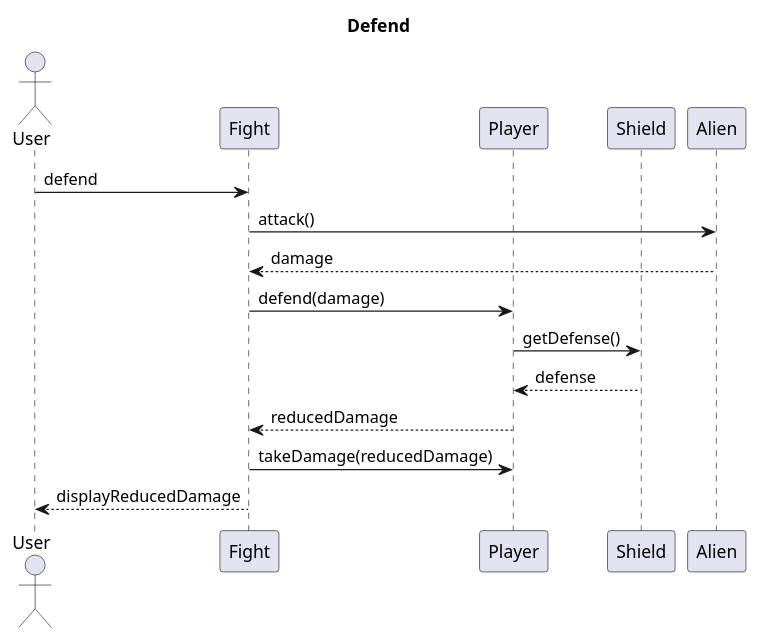
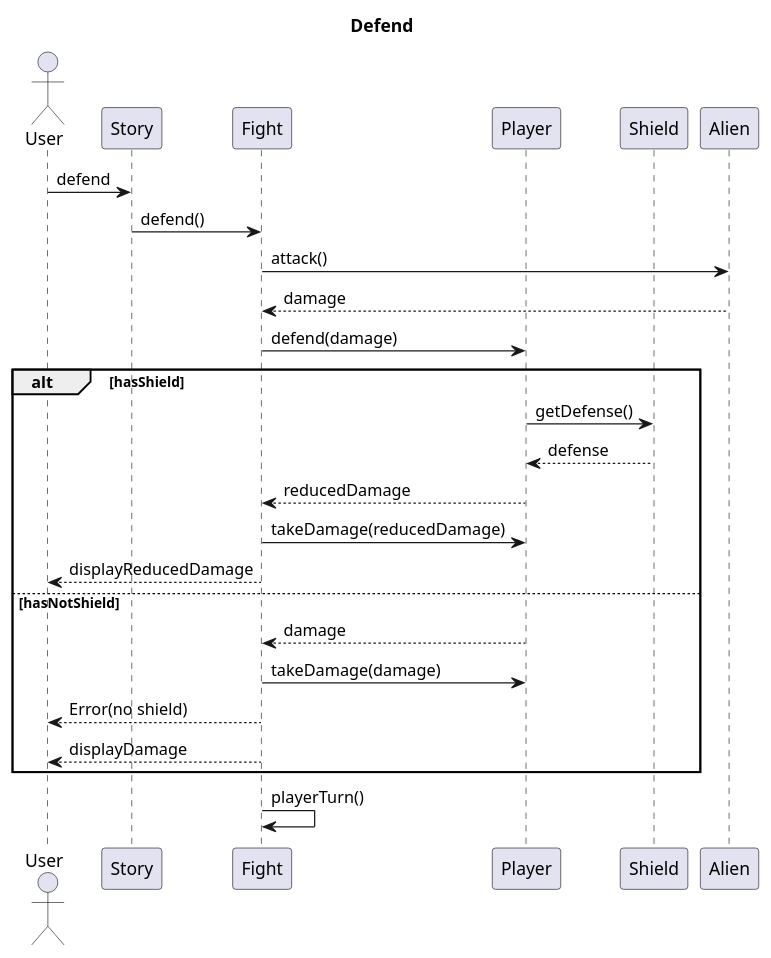
Before and after one commit to EDIDS/EDIDS_Proj: the diagram in src/main/java/com/extraction/uml/uml diagrams/Internal Sequence Diagrams/Defend.puml, drawn with PlantUML. The commit also changed 12 other files, not shown here.

Commit message:
Almost finished diagrams.

```diff
--- a/src/main/java/com/extraction/uml/uml diagrams/Internal Sequence Diagrams/Defend.puml
+++ b/src/main/java/com/extraction/uml/uml diagrams/Internal Sequence Diagrams/Defend.puml
@@ -1,21 +1,31 @@
 @startuml
 
 title Defend
 
 actor User
+participant Story
 participant Fight
 participant Player
 participant Shield
 participant Alien
 
-User -> Fight : defend
+User -> Story : defend
+Story -> Fight : defend()
 Fight -> Alien : attack()
 return damage
 Fight -> Player : defend(damage)
-Player -> Shield : getDefense()
-return defense
-Player --> Fight : reducedDamage
-Fight -> Player : takeDamage(reducedDamage)
-Fight --> User : displayReducedDamage
+alt hasShield
+    Player -> Shield : getDefense()
+    return defense
+    Player --> Fight : reducedDamage
+    Fight -> Player : takeDamage(reducedDamage)
+    Fight --> User : displayReducedDamage
+else hasNotShield
+    Player --> Fight : damage
+    Fight -> Player : takeDamage(damage)
+    Fight --> User : Error(no shield)
+    Fight --> User : displayDamage
+end
+Fight -> Fight :playerTurn()
 
 @enduml
```
